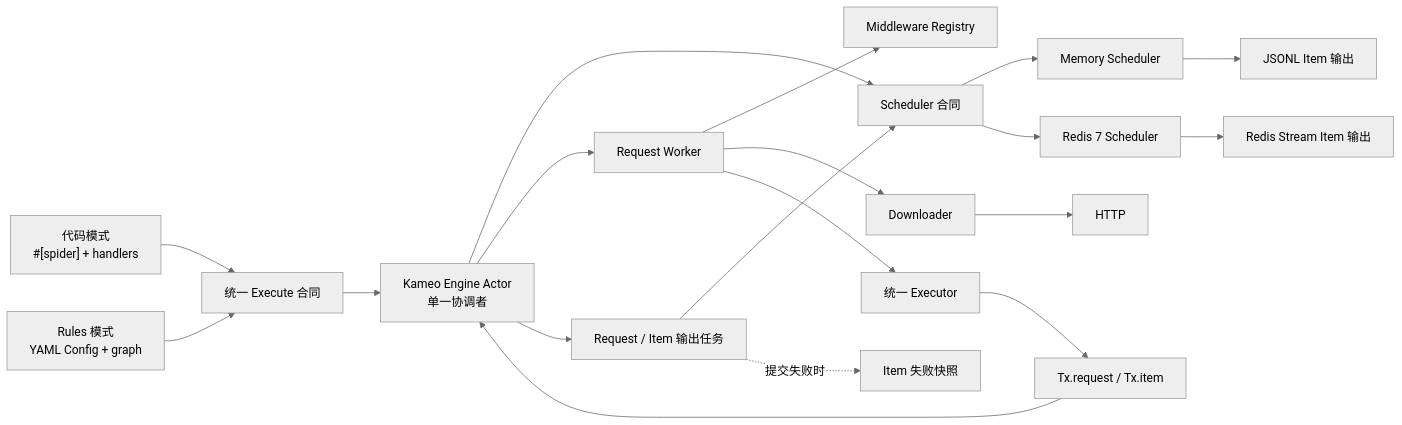
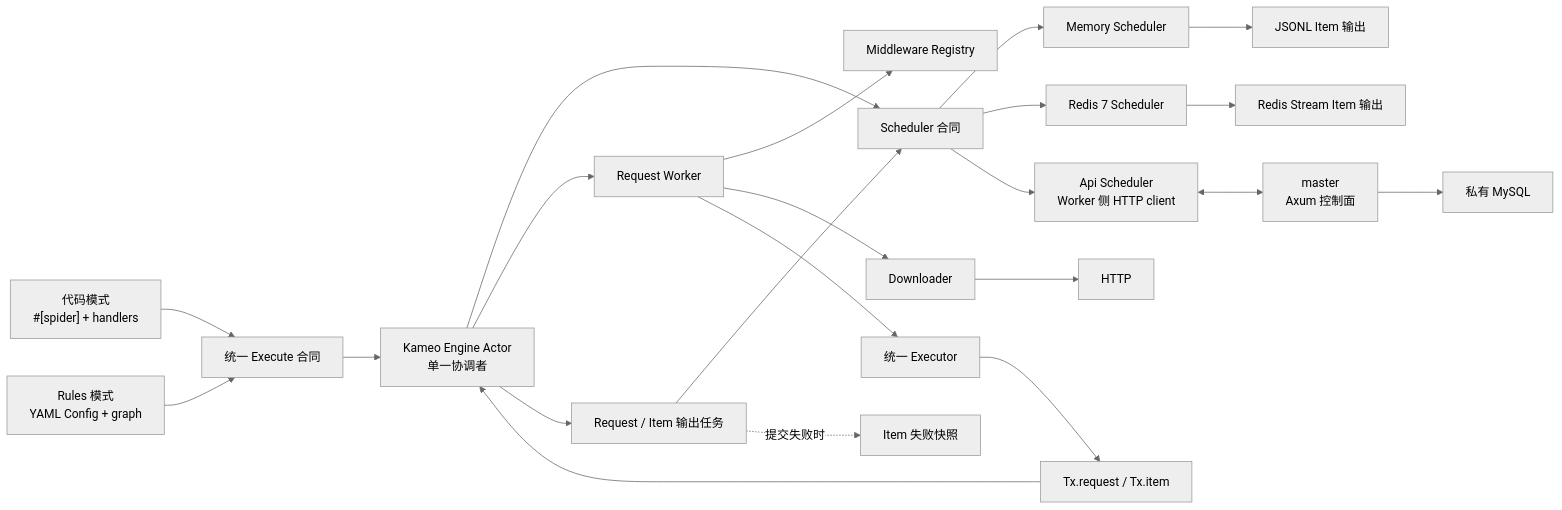
Before and after one commit to halo-space/crawler: the first of 5 diagrams in docs/architecture.zh-CN.md, drawn with Mermaid (neutral theme). The commit also changed other lines of this file and 111 other files, not shown here.

Commit message:
feat: add API scheduler and master control plane

````diff
--- a/docs/architecture.zh-CN.md
+++ b/docs/architecture.zh-CN.md
@@ -55,39 +57,45 @@
 ```mermaid
 flowchart LR
     C["代码模式<br/>#[spider] + handlers"]
     R["Rules 模式<br/>YAML Config + graph"]
     X["统一 Execute 合同"]
     T["Tx.request / Tx.item"]
     A["Kameo Engine Actor<br/>单一协调者"]
     S["Scheduler 合同"]
     M["Memory Scheduler"]
     Z["Redis 7 Scheduler"]
+    AP["Api Scheduler<br/>Worker 侧 HTTP client"]
+    CP["master<br/>Axum 控制面"]
+    DB["私有 MySQL"]
     W["Request Worker"]
     MW["Middleware Registry"]
     D["Downloader"]
     H["HTTP"]
     E["统一 Executor"]
     O["Request / Item 输出任务"]
     P["JSONL Item 输出"]
     I["Redis Stream Item 输出"]
     F["Item 失败快照"]
 
     C --> X
     R --> X
     X --> A
     A --> S
     S --> M
     S --> Z
+    S --> AP
+    AP <--> CP
+    CP --> DB
     A --> W
     W --> MW
     W --> D
     D --> H
     W --> E
     E --> T
     T --> A
     A --> O
     O --> S
     M --> P
     Z --> I
     O -. 提交失败时 .-> F
 ```
````
